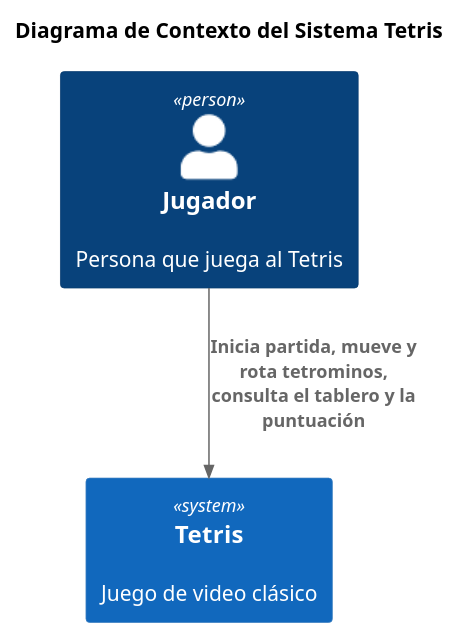
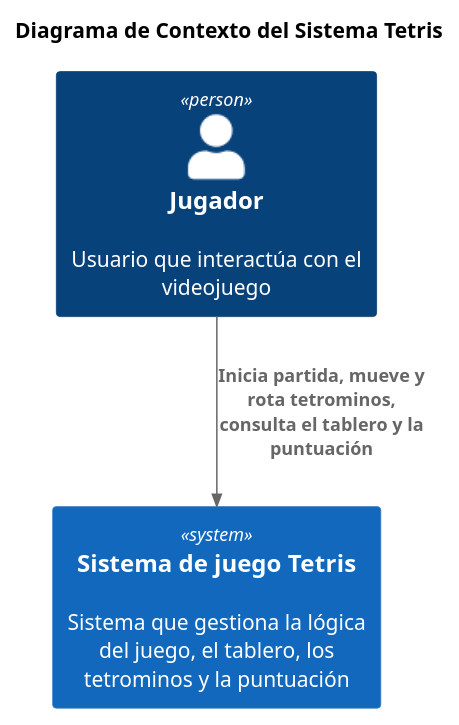
The diagram in modeloC4_Tetris/system_context.puml (mateonicolasg/Tetris_VyV), drawn with PlantUML before and after one commit. The commit also changed 2 other files, not shown here.

```diff
--- a/modeloC4_Tetris/system_context.puml
+++ b/modeloC4_Tetris/system_context.puml
@@ -1,9 +1,10 @@
 @startuml tetris-system-context
 title Diagrama de Contexto del Sistema Tetris
 !include https://raw.githubusercontent.com/plantuml-stdlib/C4-PlantUML/master/C4_Context.puml
 
-Person(player, "Jugador", "Persona que juega al Tetris")
-System(tetris, "Tetris", "Juego de video clásico")
+Person(jugador, "Jugador", "Usuario que interactúa con el videojuego")
+System(sistemaTetris, "Sistema de juego Tetris", "Sistema que gestiona la lógica del juego, el tablero, los tetrominos y la puntuación")
 
-Rel(player, tetris, "Inicia partida, mueve y rota tetrominos, consulta el tablero y la puntuación")
+Rel(jugador, sistemaTetris, "Inicia partida, mueve y rota tetrominos, consulta el tablero y la puntuación")
+
 @enduml
```
